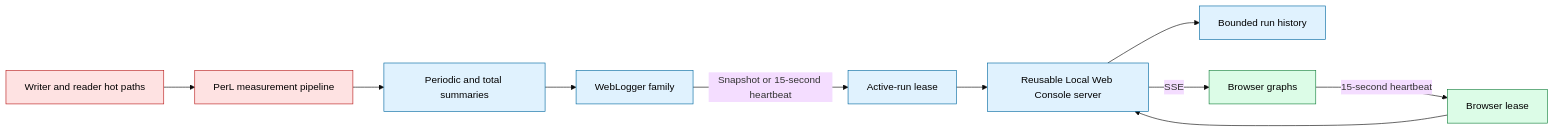
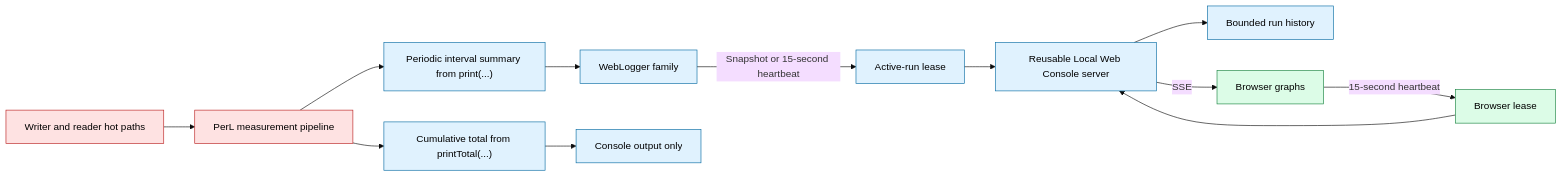
Diagram 34 of 43 in docs/sbk-internals.md (kmgowda/SBK), drawn with Mermaid (base theme) before and after one commit. The commit also changed other lines of this file and 2 other files, not shown here.

Commit message:
Address Local Web Console review feedback

````diff
--- a/docs/sbk-internals.md
+++ b/docs/sbk-internals.md
@@ -2503,19 +2505,21 @@
 ```mermaid
 flowchart LR
     HOT["Writer and reader hot paths"] --> PERL["PerL measurement pipeline"]
-    PERL --> SUMMARY["Periodic and total summaries"]
-    SUMMARY --> LOGGER["WebLogger family"]
+    PERL --> PERIODIC["Periodic interval summary from print(...)"]
+    PERL --> TOTAL["Cumulative total from printTotal(...)"]
+    PERIODIC --> LOGGER["WebLogger family"]
+    TOTAL --> CONSOLE["Console output only"]
     LOGGER -->|Snapshot or 15-second heartbeat| LEASE["Active-run lease"]
     LEASE --> SERVER["Reusable Local Web Console server"]
     SERVER --> HISTORY["Bounded run history"]
     SERVER -->|SSE| BROWSER["Browser graphs"]
     BROWSER -->|15-second heartbeat| BLEASE["Browser lease"]
     BLEASE --> SERVER
 
     classDef hot fill:#fee2e2,stroke:#b91c1c,color:#000
     classDef control fill:#e0f2fe,stroke:#0369a1,color:#000
     classDef view fill:#dcfce7,stroke:#15803d,color:#000
     class HOT,PERL hot
-    class SUMMARY,LOGGER,LEASE,SERVER,HISTORY control
+    class PERIODIC,TOTAL,CONSOLE,LOGGER,LEASE,SERVER,HISTORY control
     class BROWSER,BLEASE view
 ```
````
